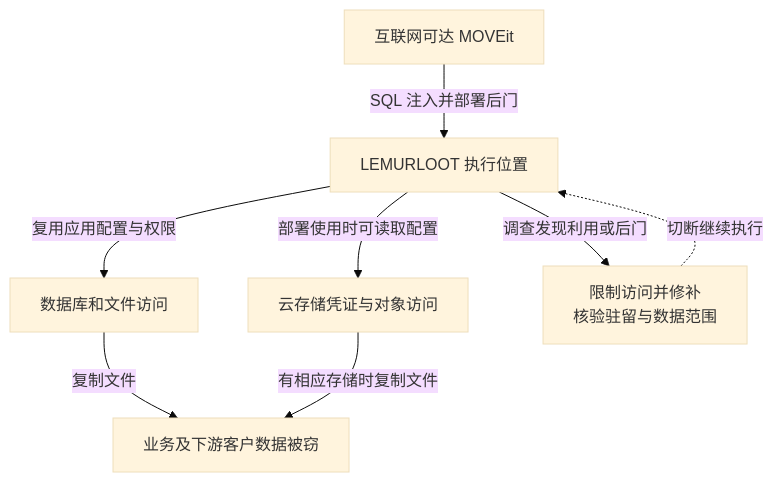
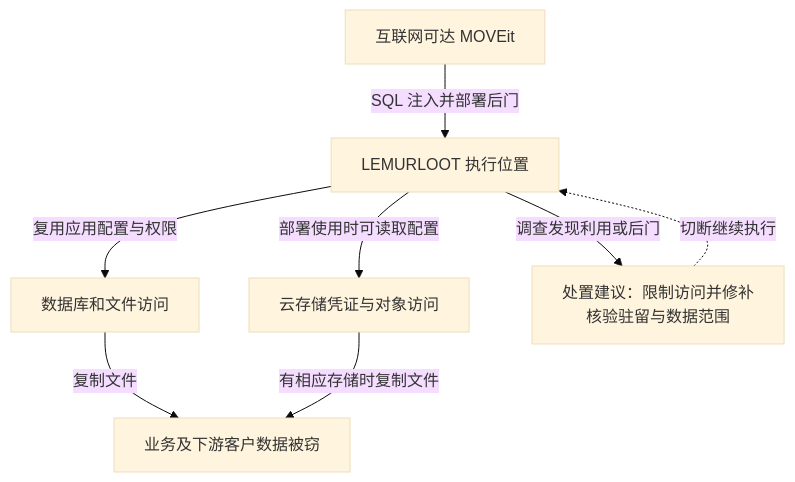
The diagram in docs/01-网络安全/01-网络空间安全/01-安全威胁/01-历史攻击事件/2023-MOVEit批量数据窃取事件分析.md (FeeiCN/FEEI.CN), drawn with Mermaid (base theme) before and after one commit. The commit also changed other lines of this file and 11 other files, not shown here.

````diff
--- a/docs/01-网络安全/01-网络空间安全/01-安全威胁/01-历史攻击事件/2023-MOVEit批量数据窃取事件分析.md
+++ b/docs/01-网络安全/01-网络空间安全/01-安全威胁/01-历史攻击事件/2023-MOVEit批量数据窃取事件分析.md
@@ -29,14 +31,14 @@
 ```mermaid
 flowchart TB
   accTitle: 中转服务的权限扩大文件窃取范围
   accDescr: 外部攻击利用 SQL 注入后部署 LEMURLOOT，借应用配置访问文件与数据库；若部署使用 Azure 存储，还可能取得相应配置。发现利用后需限制入口、移除驻留并核对文件及凭证，修补不追回外传数据。
   a["互联网可达 MOVEit"] -->|SQL 注入并部署后门| b["LEMURLOOT 执行位置"]
   b -->|复用应用配置与权限| c["数据库和文件访问"]
   b -->|部署使用时可读取配置| d["云存储凭证与对象访问"]
   c -->|复制文件| e["业务及下游客户数据被窃"]
   d -->|有相应存储时复制文件| e
-  b -->|调查发现利用或后门| r["限制访问并修补<br/>核验驻留与数据范围"]
+  b -->|调查发现利用或后门| r["处置建议：限制访问并修补<br/>核验驻留与数据范围"]
   r -. 切断继续执行 .-> b
   class a,b,c main
   class r response
 ```
````
